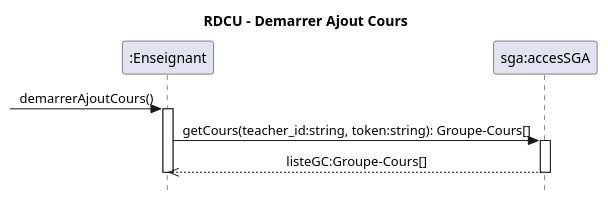
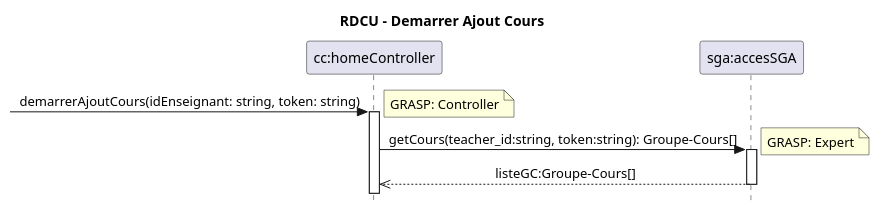
Before and after one commit to xMrYahya/moodle-clone: the diagram in docs/modeles/cu01/rdcu-demarrerAjoutCours.puml, drawn with PlantUML. The commit also changed 17 other files, not shown here.

```diff
--- a/docs/modeles/cu01/rdcu-demarrerAjoutCours.puml
+++ b/docs/modeles/cu01/rdcu-demarrerAjoutCours.puml
@@ -1,18 +1,18 @@
 @startuml
 title RDCU – Demarrer Ajout Cours
 skinparam Style strictuml
 skinparam sequenceMessageAlign center
 
-participant ":Enseignant"  as enseignant
+participant "cc:homeController"  as hc
 participant "sga:accesSGA" as sga
 
- -> enseignant : demarrerAjoutCours()
-activate enseignant
-enseignant -> sga : getCours(teacher_id:string, token:string): Groupe-Cours[]
+ -> hc : demarrerAjoutCours(idEnseignant: string, token: string)
+ note right: GRASP: Controller
+activate hc
+hc -> sga : getCours(teacher_id:string, token:string): Groupe-Cours[]
+note right: GRASP: Expert
 activate sga
-sga -->> enseignant :  listeGC:Groupe-Cours[]
+sga -->> hc :  listeGC:Groupe-Cours[]
 
 deactivate sga
-
-deactivate enseignant
 @enduml
```
